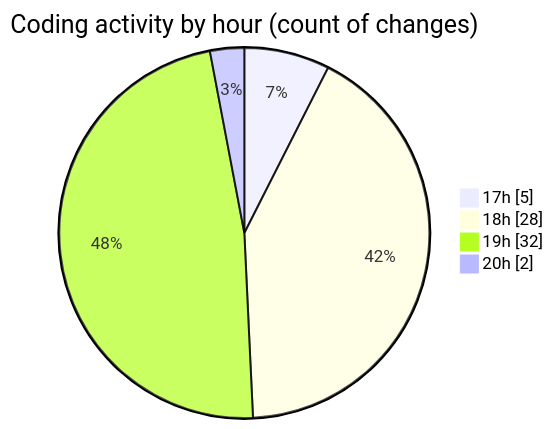
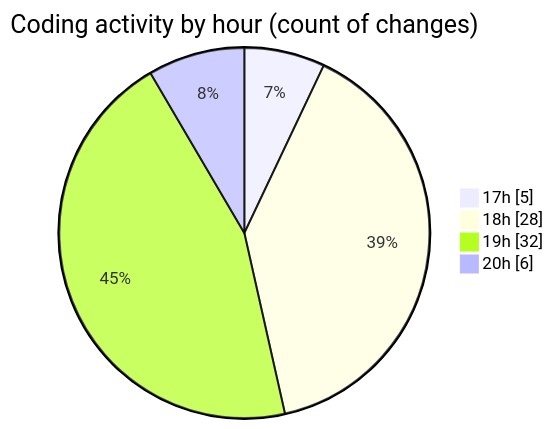
The second of 2 diagrams in 2025-01-01/uber_clone/README.md (donsfak/code-tracking), drawn with Mermaid before and after one commit. The commit also changed other lines of this file and 1 other file, not shown here.

````diff
--- a/2025-01-01/uber_clone/README.md
+++ b/2025-01-01/uber_clone/README.md
@@ -41,8 +41,8 @@
 ```mermaid
 pie showData
 title Coding activity by hour (count of changes)
 "17h" : 5
 "18h" : 28
 "19h" : 32
-"20h" : 2
+"20h" : 6
 ```
````
